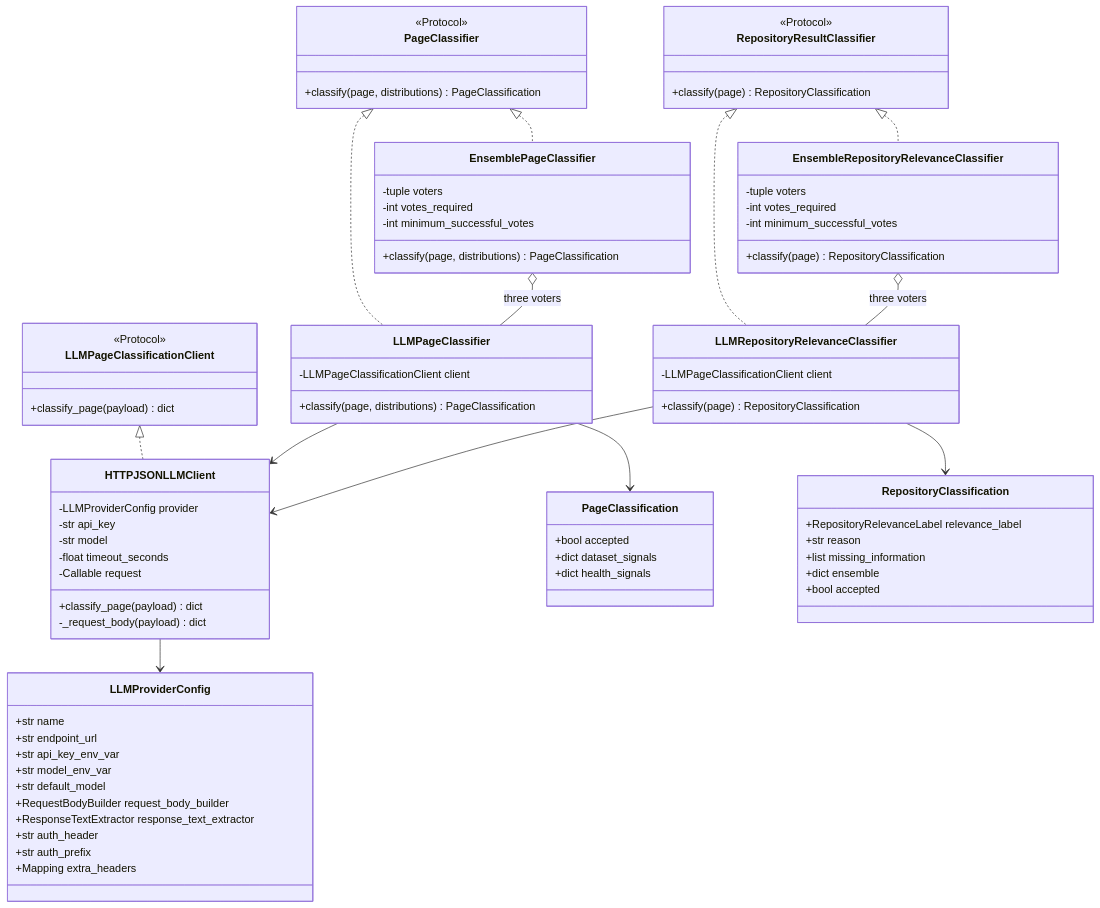
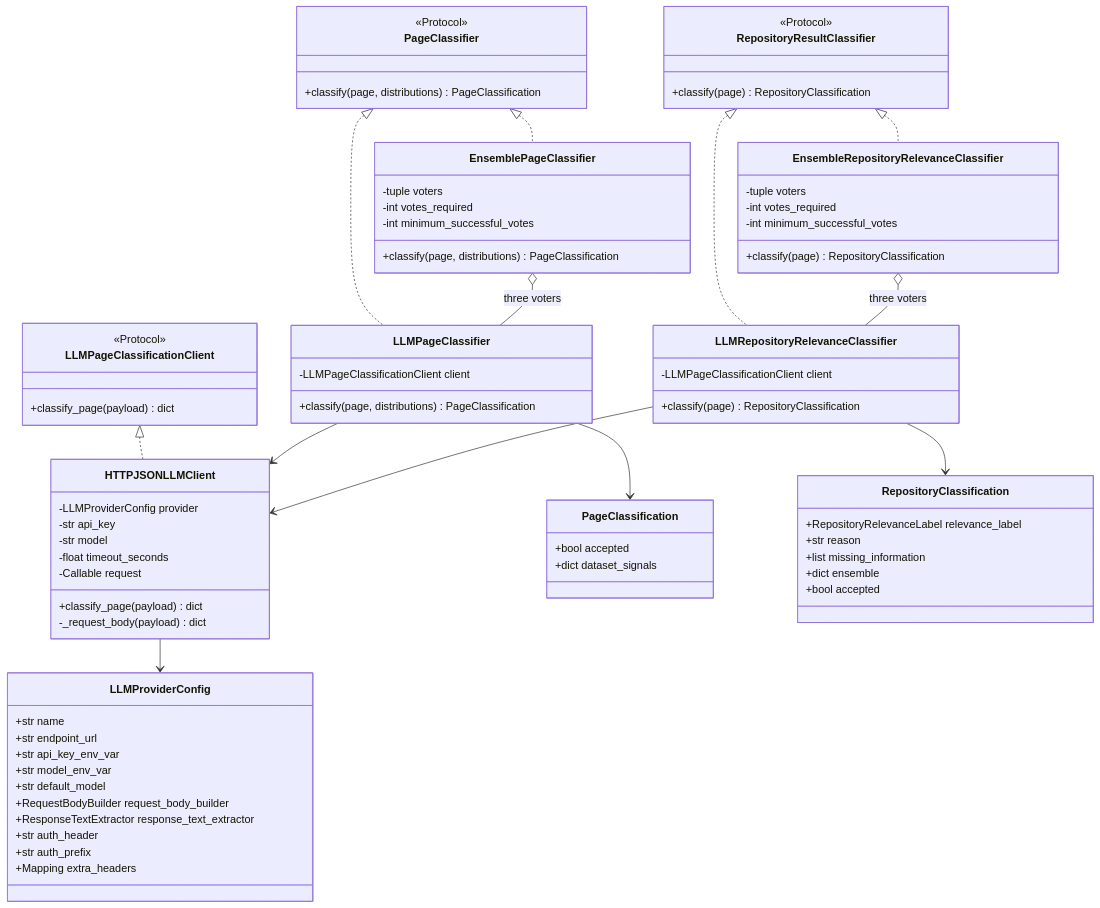
One commit to nicolasberlin/global-health-dataset-catalog changed the second of 5 diagrams in docs/classification-architecture.md. Above: the diagram before and after it, drawn with Mermaid. The commit also changed other lines of this file and 30 other files, not shown here.

Commit message:
Update collector security and architecture docs

```diff
--- a/docs/classification-architecture.md
+++ b/docs/classification-architecture.md
@@ -121,7 +125,6 @@
     class PageClassification {
         +bool accepted
         +dict dataset_signals
-        +dict health_signals
     }
 
     class RepositoryClassification {
```
